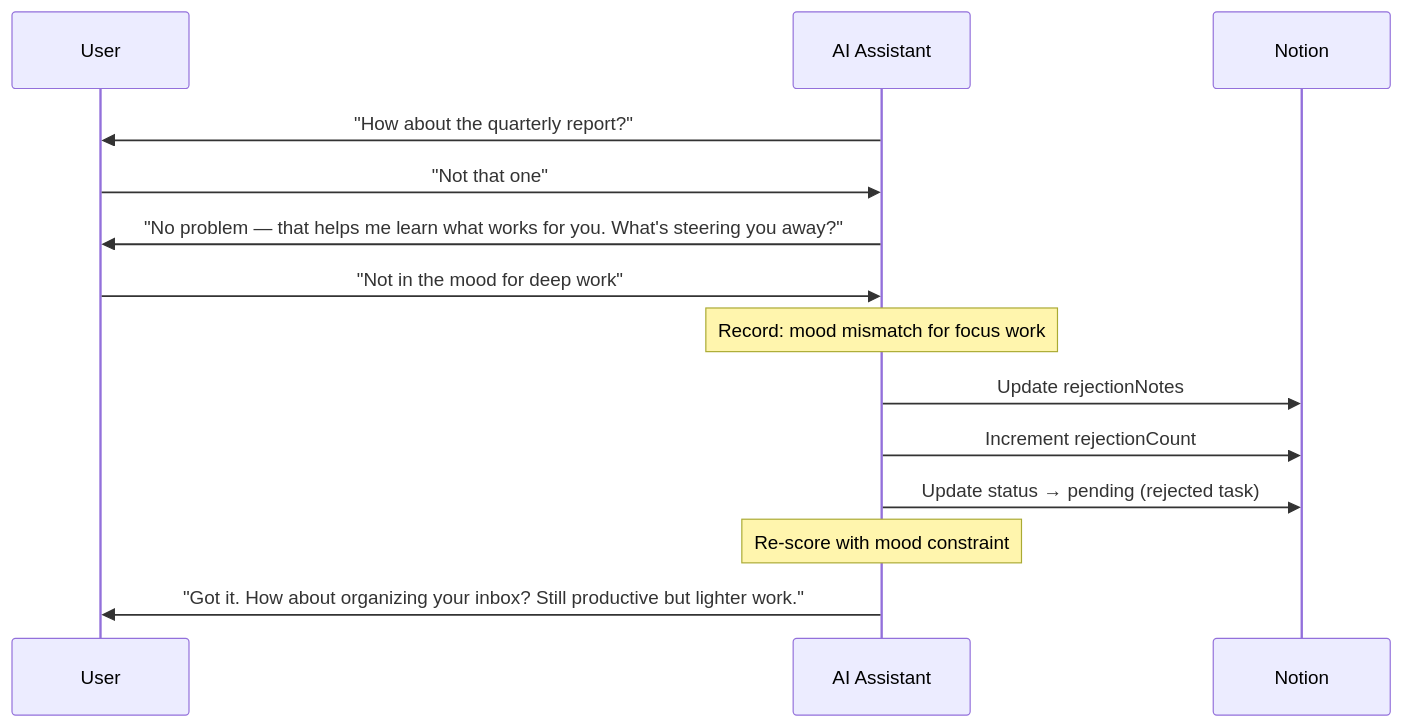
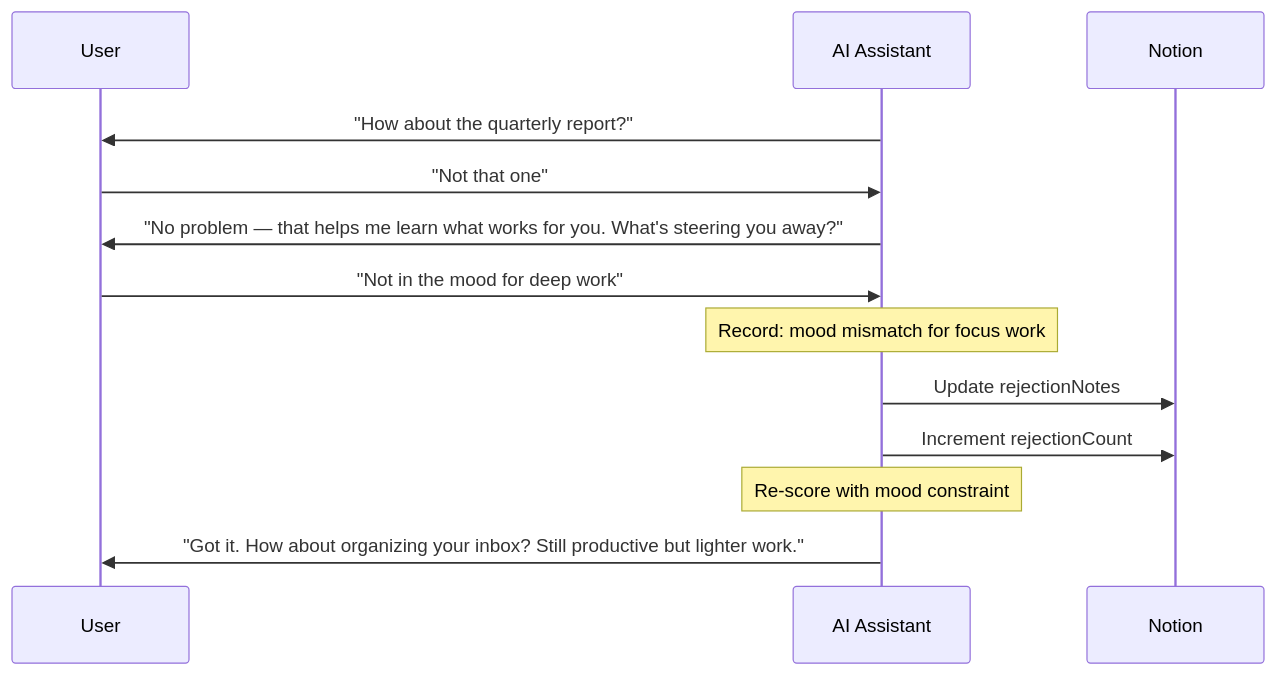
Before and after one commit to NickBorgersProbably/hide-my-list: diagram 11 of 28 in docs/user-interactions.md, drawn with Mermaid. The commit also changed other lines of this file and 11 other files, not shown here.

````diff
--- a/docs/user-interactions.md
+++ b/docs/user-interactions.md
@@ -445,22 +441,21 @@
 ```mermaid
 sequenceDiagram
     participant U as User
     participant AI as AI Assistant
     participant N as Notion
 
     AI->>U: "How about the quarterly report?"
     U->>AI: "Not that one"
 
     AI->>U: "No problem — that helps me learn what works for you. What's steering you away?"
     U->>AI: "Not in the mood for deep work"
 
     Note over AI: Record: mood mismatch for focus work
 
     AI->>N: Update rejectionNotes
     AI->>N: Increment rejectionCount
-    AI->>N: Update status → pending (rejected task)
 
     Note over AI: Re-score with mood constraint
 
     AI->>U: "Got it. How about organizing your inbox? Still productive but lighter work."
 ```
````
